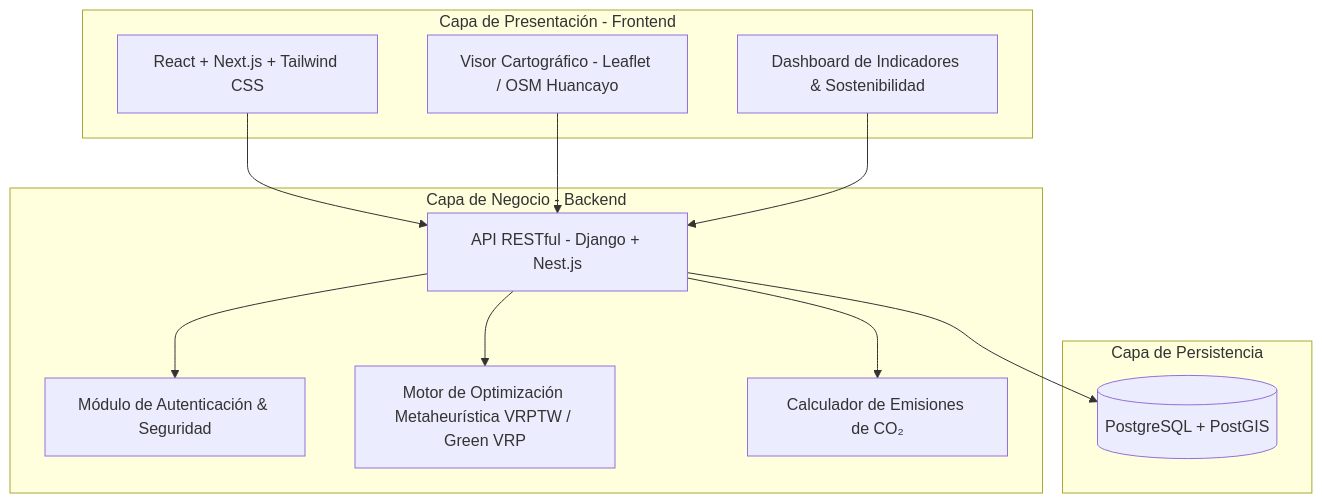
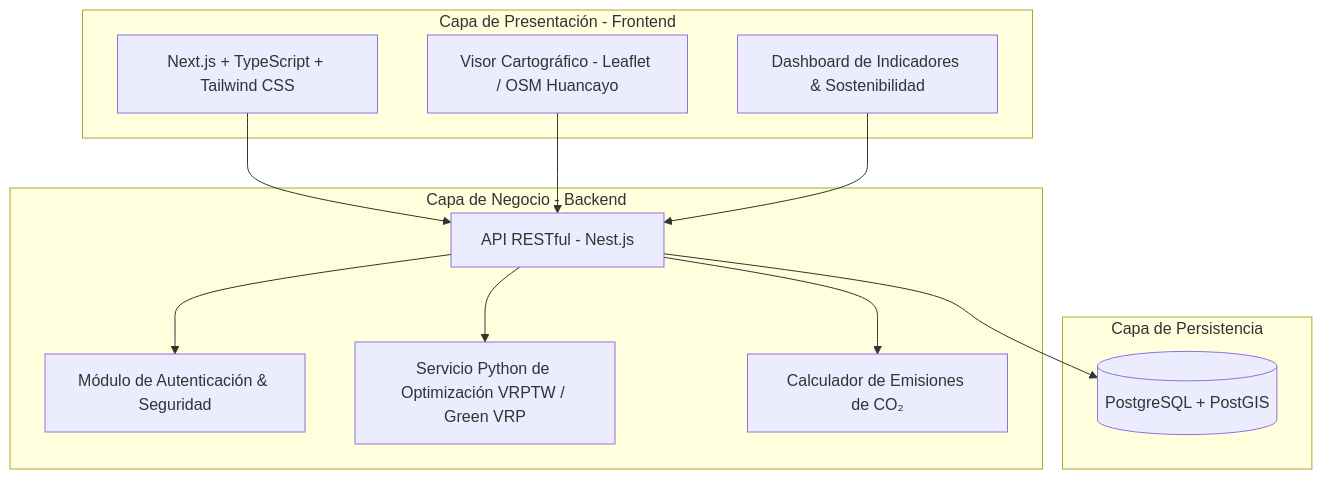
Before and after one commit to alexito-dev/EcoLogistica: the first of 2 diagrams in README.md, drawn with Mermaid. The commit also changed other lines of this file and 6 other files, not shown here.

Commit message:
docs(architecture): adopt Next Nest and Python optimizer

````diff
--- a/README.md
+++ b/README.md
@@ -87,27 +87,27 @@
 ```mermaid
 graph TD
     subgraph Cliente [Capa de Presentación - Frontend]
-        UI[React + Next.js + Tailwind CSS]
+        UI[Next.js + TypeScript + Tailwind CSS]
         Map[Visor Cartográfico - Leaflet / OSM Huancayo]
         Dash[Dashboard de Indicadores & Sostenibilidad]
     end
 
     subgraph Servidor [Capa de Negocio - Backend]
-        API[API RESTful - Django + Nest.js]
+        API[API RESTful - Nest.js]
         Auth[Módulo de Autenticación & Seguridad]
-        Engine[Motor de Optimización Metaheurística VRPTW / Green VRP]
+        Engine[Servicio Python de Optimización VRPTW / Green VRP]
         CO2[Calculador de Emisiones de CO₂]
     end
 
     subgraph Datos [Capa de Persistencia]
         DB[(PostgreSQL + PostGIS)]
     end
 
     UI --> API
     Map --> API
     Dash --> API
     API --> Auth
     API --> Engine
     API --> CO2
     API --> DB
 ```
````
